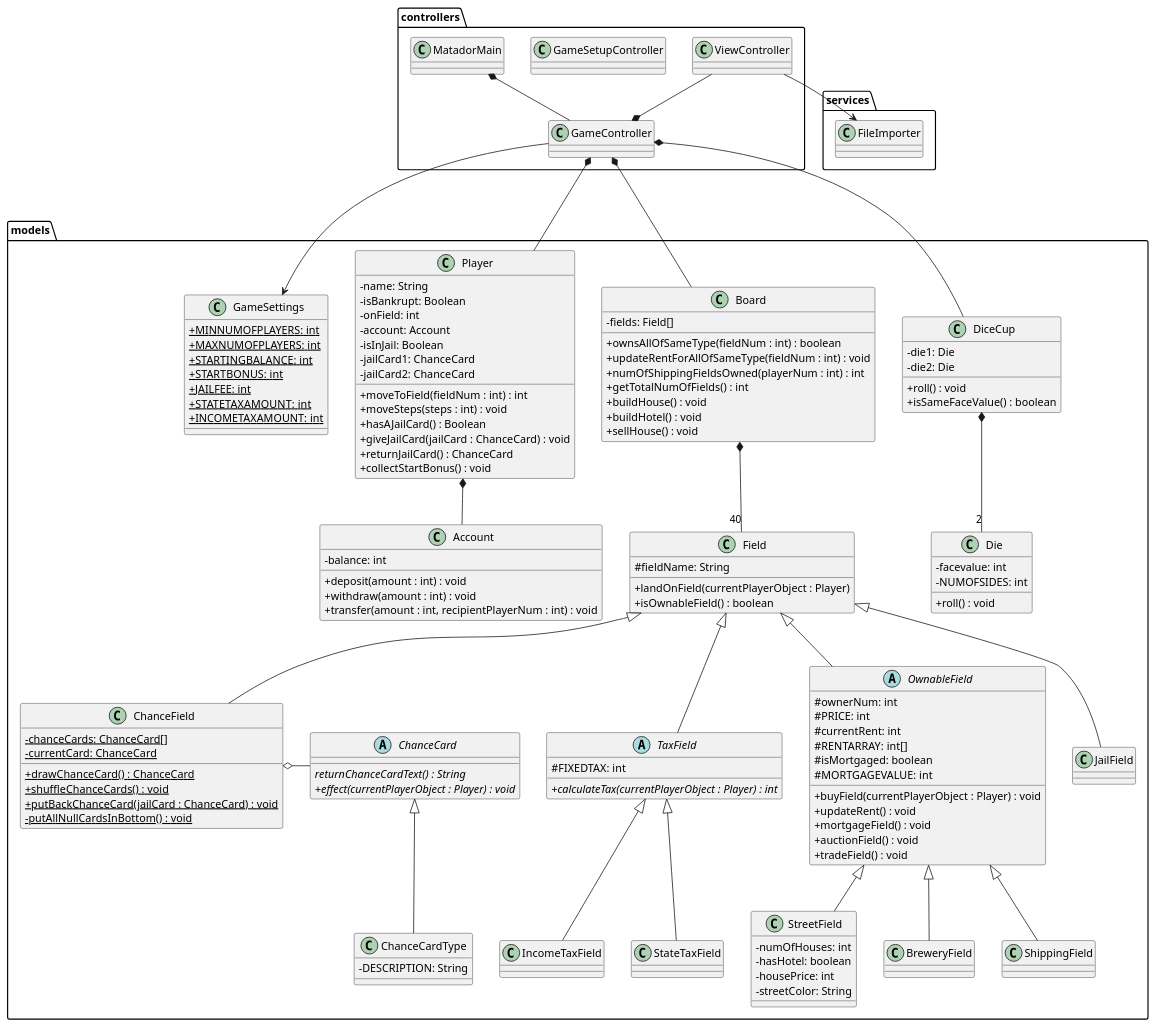
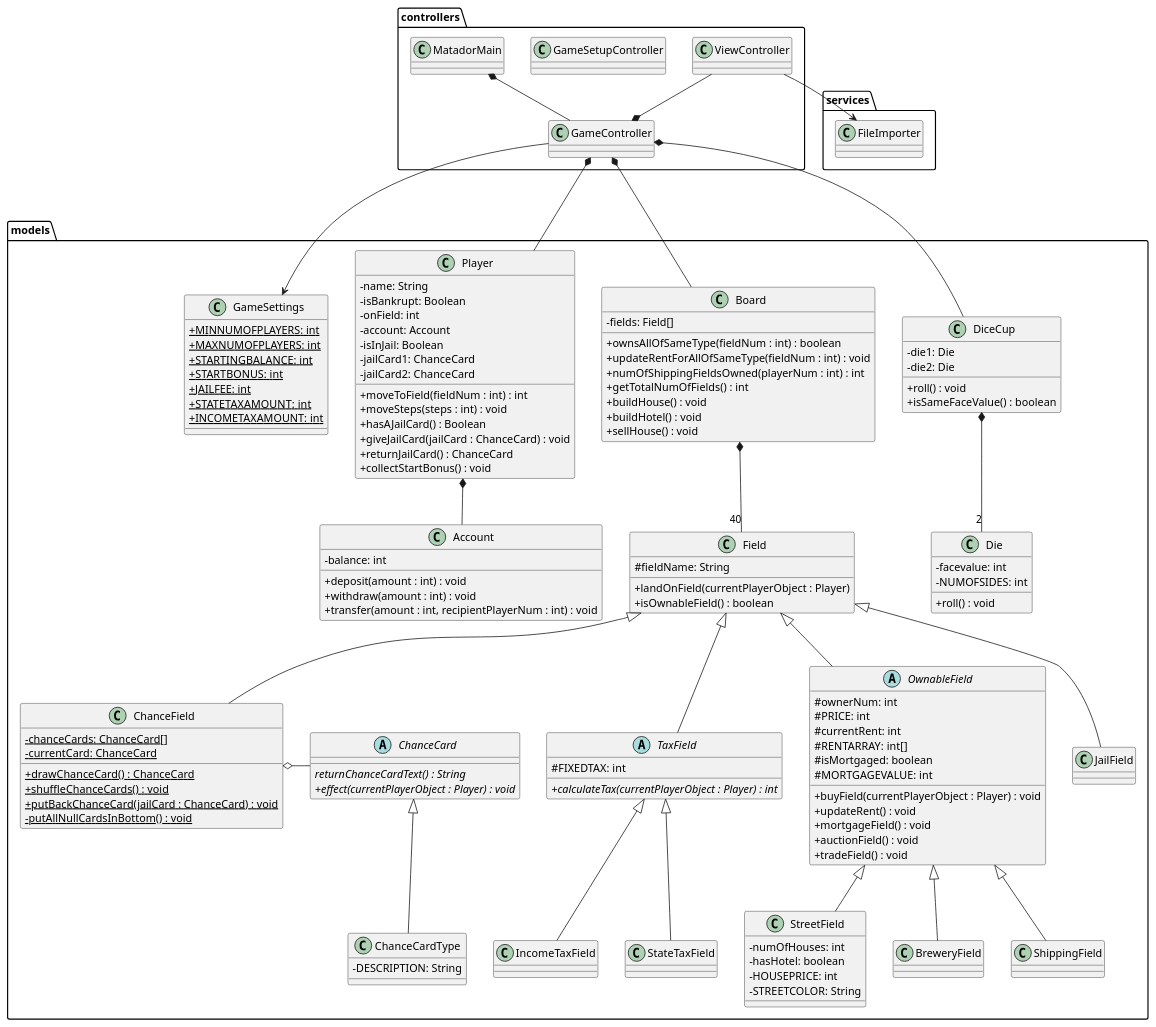
The diagram in 18_final/UML/DesignClassDiagram.puml (GabeKierk889/gruppe-18), drawn with PlantUML before and after one commit.

Commit message:
Modified DCD

```diff
--- a/18_final/UML/DesignClassDiagram.puml
+++ b/18_final/UML/DesignClassDiagram.puml
@@ -1,197 +1,197 @@
 @startuml
 'https://plantuml.com/class-diagram
 skinparam classAttributeIconSize 0
 
 package services {
 
 class FileImporter {
 
 }
 
 }
 
 package controllers {
 
 class MatadorMain {
 
 }
 
 class GameController {
 
 }
 
 class GameSetupController {
 
 }
 
 class ViewController {
 
 }
 
 }
 
 package models {
 
 class GameSettings {
     {static}+MINNUMOFPLAYERS: int
     {static}+MAXNUMOFPLAYERS: int
     {static}+STARTINGBALANCE: int
     {static}+STARTBONUS: int
     {static}+JAILFEE: int
     {static}+STATETAXAMOUNT: int
     {static}+INCOMETAXAMOUNT: int
 }
 
 class Player {
     -name: String
     -isBankrupt: Boolean
     -onField: int
     -account: Account
     -isInJail: Boolean
     -jailCard1: ChanceCard
     -jailCard2: ChanceCard
 
     +moveToField(fieldNum : int) : int
     +moveSteps(steps : int) : void
     +hasAJailCard() : Boolean
     +giveJailCard(jailCard : ChanceCard) : void
     +returnJailCard() : ChanceCard
     +collectStartBonus() : void
 }
 
 class Board {
     -fields: Field[]
 
     +ownsAllOfSameType(fieldNum : int) : boolean
     +updateRentForAllOfSameType(fieldNum : int) : void
     +numOfShippingFieldsOwned(playerNum : int) : int
     +getTotalNumOfFields() : int
     +buildHouse() : void
     +buildHotel() : void
     +sellHouse() : void
 }
 
 class Field {
     #fieldName: String
 
     +landOnField(currentPlayerObject : Player)
     +isOwnableField() : boolean
 }
 
 class Account {
     -balance: int
 
     +deposit(amount : int) : void
     +withdraw(amount : int) : void
     +transfer(amount : int, recipientPlayerNum : int) : void
 }
 
 class DiceCup {
     -die1: Die
     -die2: Die
 
     +roll() : void
     +isSameFaceValue() : boolean
 }
 
 class Die {
     -facevalue: int
     -NUMOFSIDES: int
 
     +roll() : void
 }
 
 class ChanceCardType {
     -DESCRIPTION: String
 }
 
 abstract class ChanceCard {
     {abstract}returnChanceCardText() : String
     {abstract}+effect(currentPlayerObject : Player) : void
 }
 
 abstract class OwnableField {
         #ownerNum: int
         #PRICE: int
         #currentRent: int
         #RENTARRAY: int[]
         #isMortgaged: boolean
         #MORTGAGEVALUE: int
 
         +buyField(currentPlayerObject : Player) : void
         +updateRent() : void
         +mortgageField() : void
         +auctionField() : void
         +tradeField() : void
 }
 
 class StreetField {
     -numOfHouses: int
     -hasHotel: boolean
-    -housePrice: int
-    -streetColor: String
+    -HOUSEPRICE: int
+    -STREETCOLOR: String
 
 }
 
 class BreweryField {
 
 }
 
 class ShippingField {
 
 }
 
 class ChanceField {
     {static}-chanceCards: ChanceCard[]
     {static}-currentCard: ChanceCard
 
     {static}+drawChanceCard() : ChanceCard
     {static}+shuffleChanceCards() : void
     {static}+putBackChanceCard(jailCard : ChanceCard) : void
     {static}-putAllNullCardsInBottom() : void
 }
 
 class JailField {
 
 }
 
 abstract class TaxField {
     #FIXEDTAX: int
 
     {abstract}+calculateTax(currentPlayerObject : Player) : int
 }
 
 class StateTaxField {
 
 }
 
 class IncomeTaxField {
 
 }
 
 }
 
 MatadorMain *-- GameController
 ViewController --> FileImporter
 ViewController --* GameController
 GameController --> GameSettings
 GameController *--- Board
 GameController *--- DiceCup
 GameController *--- Player
 Player *-- Account
 Board *-- "40" Field
 OwnableField <|-- StreetField
 Field <|-- ChanceField
 Field <|-- JailField
 ChanceField o- ChanceCard
 ChanceCard <|-- ChanceCardType
 DiceCup *-- "2" Die
 Field <|-- OwnableField
 OwnableField <|-- BreweryField
 OwnableField <|-- ShippingField
 Field <|-- TaxField
 TaxField <|-- StateTaxField
 TaxField <|-- IncomeTaxField
 
 
 @enduml
```
